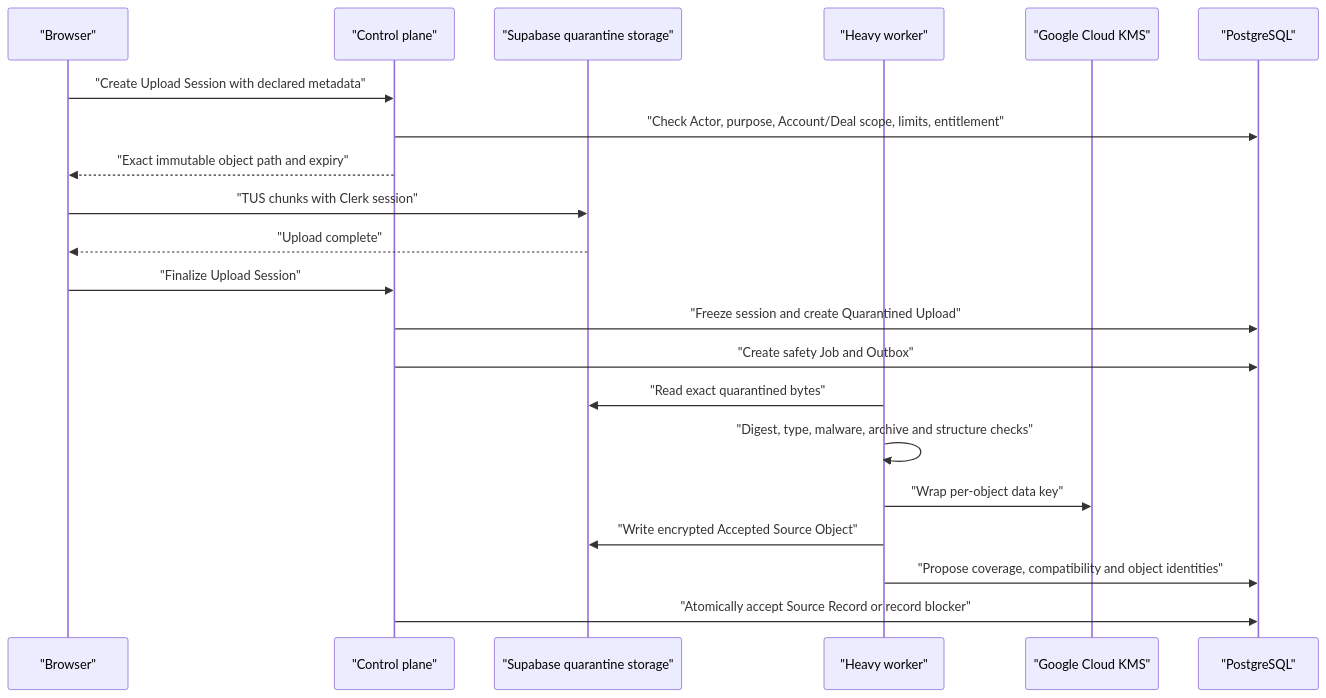
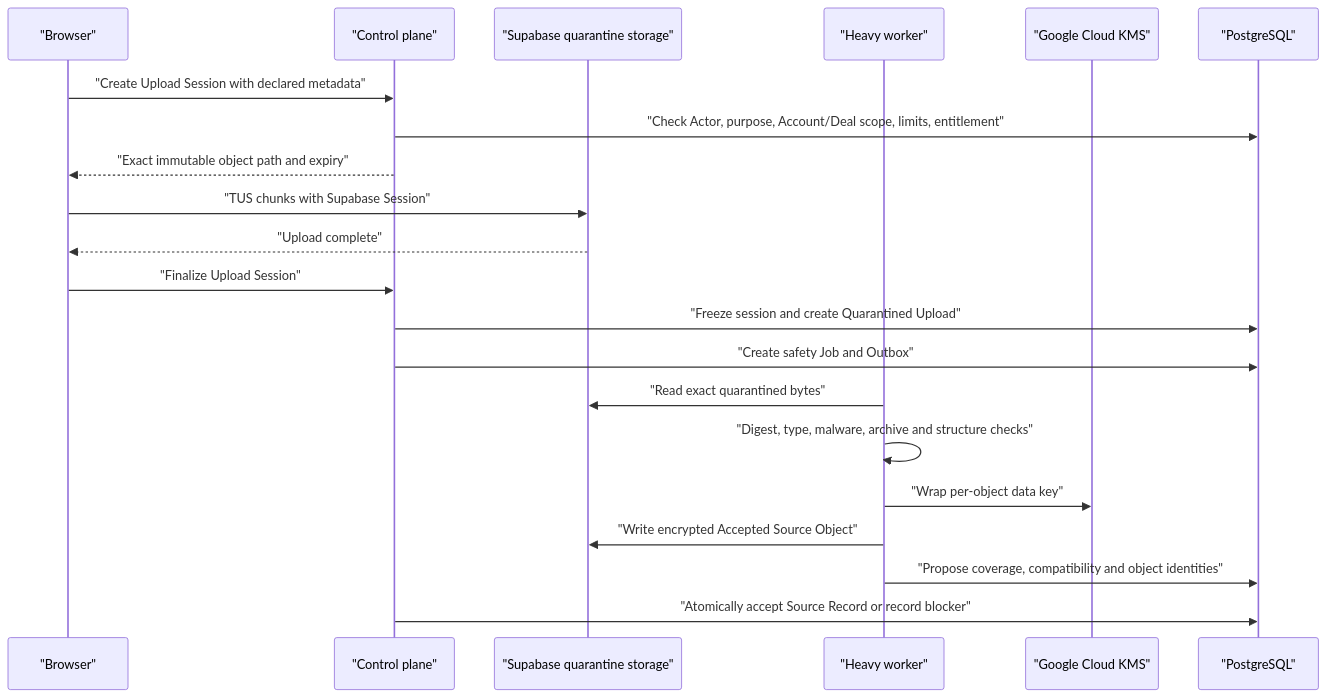
Before and after one commit to lucien0229/InvestmentBanking: the third of 3 diagrams in docs/technical/technical-design.md, drawn with Mermaid. The commit also changed other lines of this file and 14 other files, not shown here.

```diff
--- a/docs/technical/technical-design.md
+++ b/docs/technical/technical-design.md
@@ -470,24 +474,24 @@
 ~~~mermaid
 sequenceDiagram
     participant B as "Browser"
     participant A as "Control plane"
     participant S as "Supabase quarantine storage"
     participant W as "Heavy worker"
     participant K as "Google Cloud KMS"
     participant D as "PostgreSQL"
 
     B->>A: "Create Upload Session with declared metadata"
     A->>D: "Check Actor, purpose, Account/Deal scope, limits, entitlement"
     A-->>B: "Exact immutable object path and expiry"
-    B->>S: "TUS chunks with Clerk session"
+    B->>S: "TUS chunks with Supabase Session"
     S-->>B: "Upload complete"
     B->>A: "Finalize Upload Session"
     A->>D: "Freeze session and create Quarantined Upload"
     A->>D: "Create safety Job and Outbox"
     W->>S: "Read exact quarantined bytes"
     W->>W: "Digest, type, malware, archive and structure checks"
     W->>K: "Wrap per-object data key"
     W->>S: "Write encrypted Accepted Source Object"
     W->>D: "Propose coverage, compatibility and object identities"
     A->>D: "Atomically accept Source Record or record blocker"
 ~~~
```
